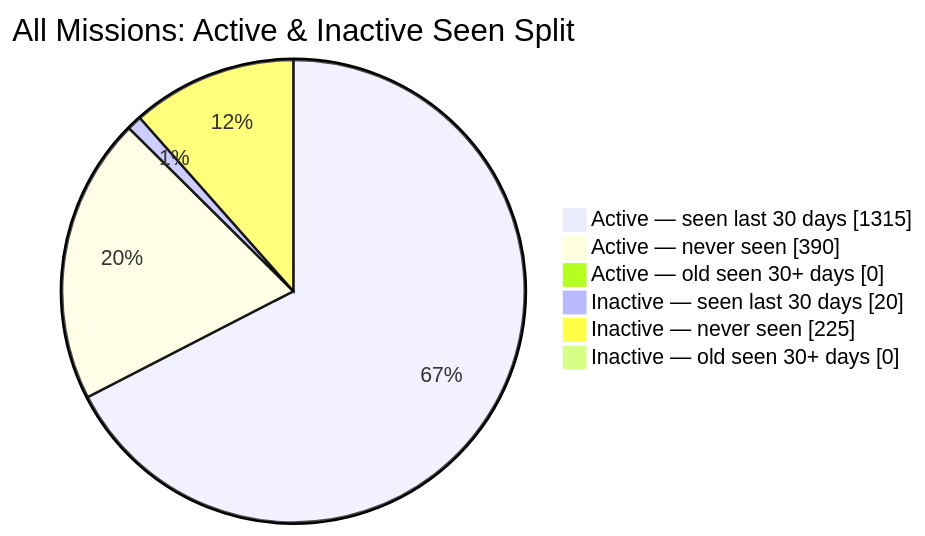
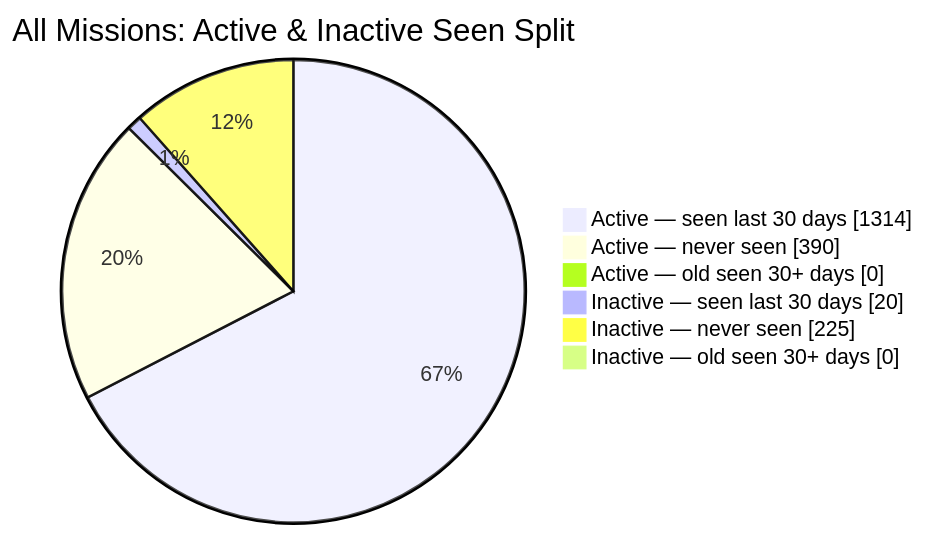
The second of 2 diagrams in README.md (MeldkamerspelGameTeam/active-missions), drawn with Mermaid before and after one commit. The commit also changed other lines of this file and 5 other files, not shown here.

````diff
--- a/README.md
+++ b/README.md
@@ -44,10 +45,10 @@
 ```mermaid
 pie showData
     title All Missions: Active & Inactive Seen Split
-    "Active — seen last 30 days" : 1315
+    "Active — seen last 30 days" : 1314
     "Active — never seen" : 390
     "Active — old seen 30+ days" : 0
     "Inactive — seen last 30 days" : 20
     "Inactive — never seen" : 225
     "Inactive — old seen 30+ days" : 0
 ```
````
